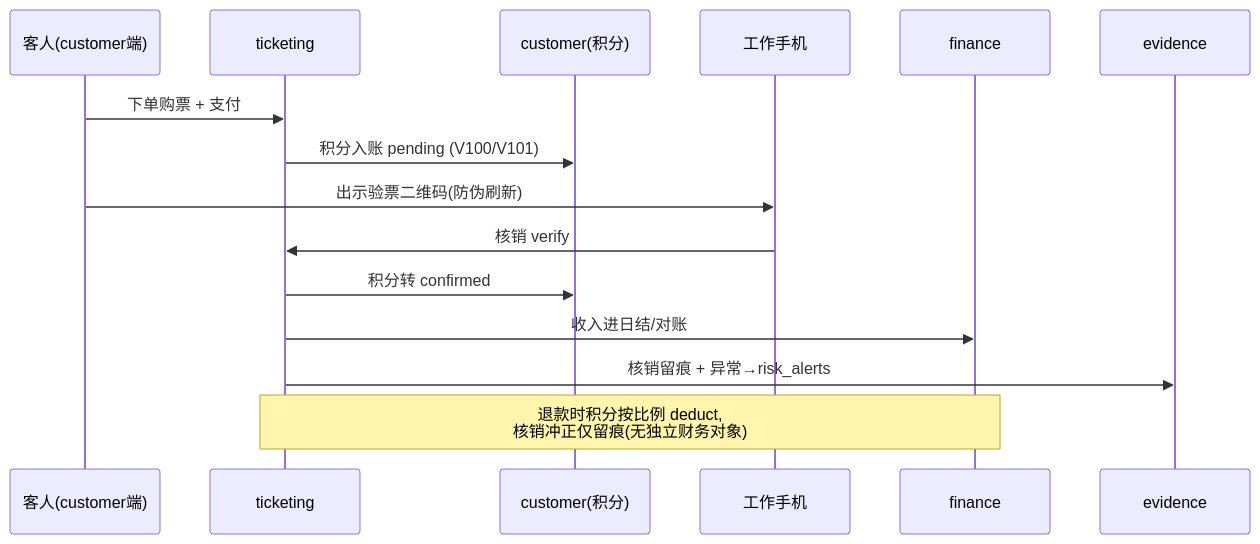
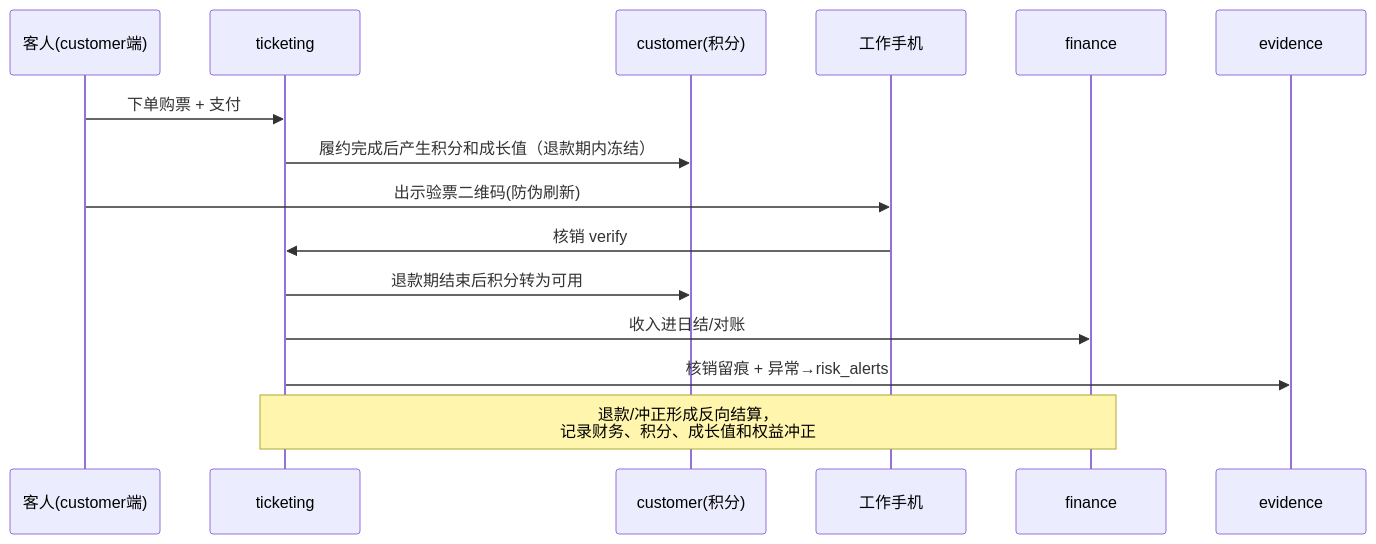
Before and after one commit to jxh1979/mall: the fourth of 5 diagrams in docs/architecture-overview-v0.1.md, drawn with Mermaid. The commit also changed other lines of this file and 15 other files, not shown here.

````diff
--- a/docs/architecture-overview-v0.1.md
+++ b/docs/architecture-overview-v0.1.md
@@ -113,17 +112,17 @@
 ```mermaid
 sequenceDiagram
   participant G as 客人(customer端)
   participant T as ticketing
   participant C as customer(积分)
   participant W as 工作手机
   participant F as finance
   participant E as evidence
   G->>T: 下单购票 + 支付
-  T->>C: 积分入账 pending (V100/V101)
+  T->>C: 履约完成后产生积分和成长值（退款期内冻结）
   G->>W: 出示验票二维码(防伪刷新)
   W->>T: 核销 verify
-  T->>C: 积分转 confirmed
+  T->>C: 退款期结束后积分转为可用
   T->>F: 收入进日结/对账
   T->>E: 核销留痕 + 异常→risk_alerts
-  Note over T,F: 退款时积分按比例 deduct,<br/>核销冲正仅留痕(无独立财务对象)
+  Note over T,F: 退款/冲正形成反向结算，<br/>记录财务、积分、成长值和权益冲正
 ```
````
